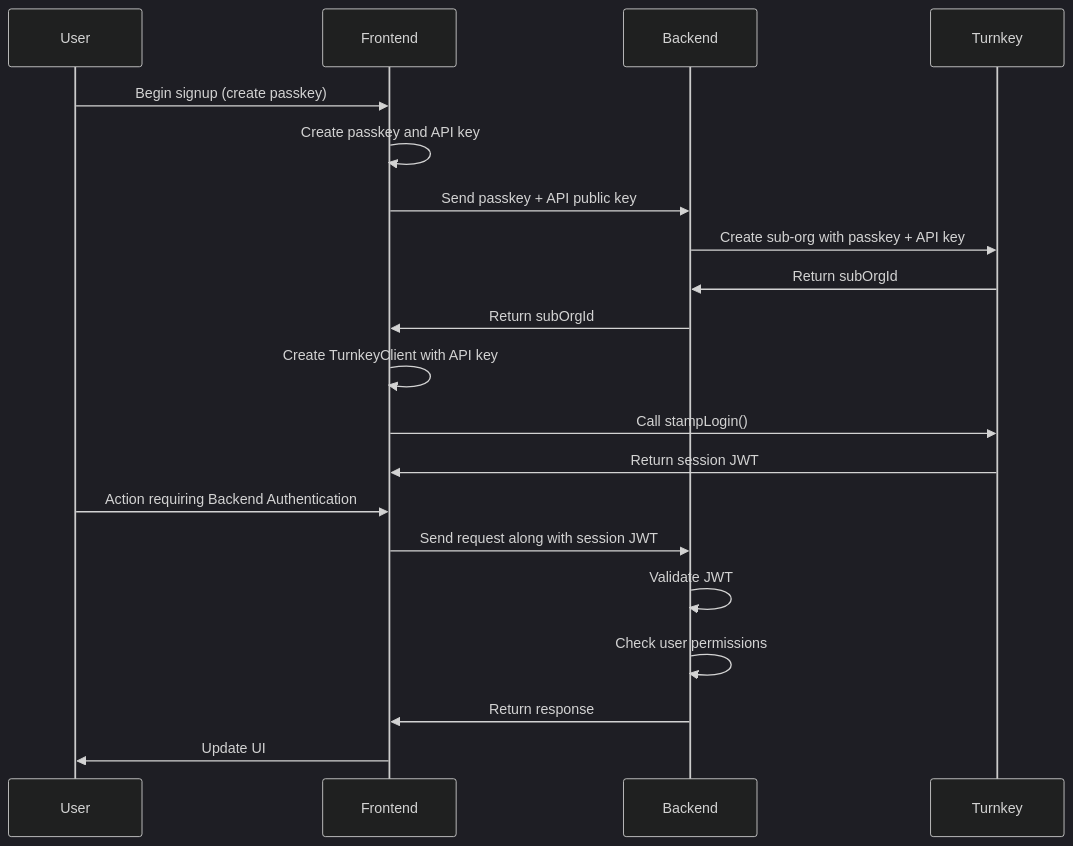
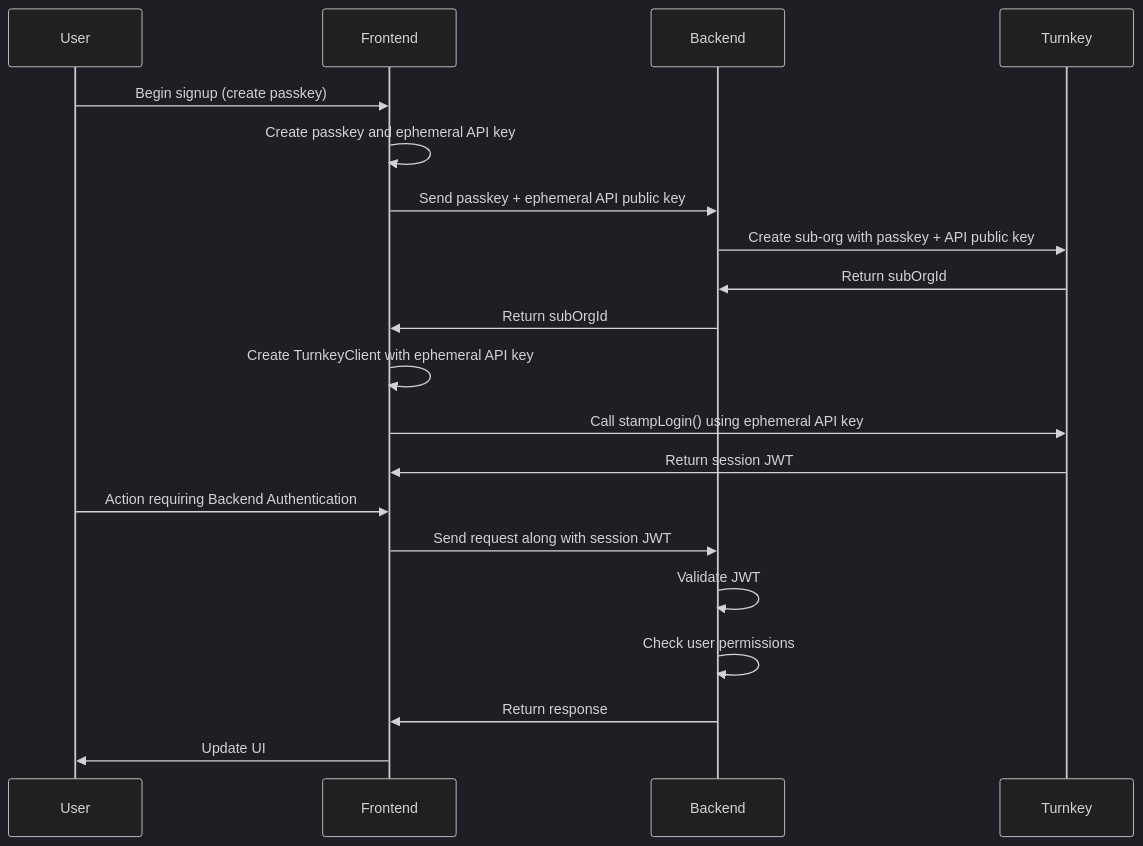
One commit to tkhq/docs changed the second of 4 diagrams in authentication/backend-setup.mdx. Above: the diagram before and after it, drawn with Mermaid (dark theme). The commit also changed other lines of this file, not shown here.

````diff
--- a/authentication/backend-setup.mdx
+++ b/authentication/backend-setup.mdx
@@ -63,23 +62,23 @@
 ```mermaid
 sequenceDiagram
     participant User
     participant Frontend
     participant Backend
     participant Turnkey
 
     User->>Frontend: Begin signup (create passkey)
-    Frontend->>Frontend: Create passkey and API key
-    Frontend->>Backend: Send passkey + API public key
-    Backend->>Turnkey: Create sub-org with passkey + API key
+    Frontend->>Frontend: Create passkey and ephemeral API key
+    Frontend->>Backend: Send passkey + ephemeral API public key
+    Backend->>Turnkey: Create sub-org with passkey + API public key
     Turnkey->>Backend: Return subOrgId
     Backend->>Frontend: Return subOrgId
-    Frontend->>Frontend: Create TurnkeyClient with API key
-    Frontend->>Turnkey: Call stampLogin()
+    Frontend->>Frontend: Create TurnkeyClient with ephemeral API key
+    Frontend->>Turnkey: Call stampLogin() using ephemeral API key
     Turnkey->>Frontend: Return session JWT
     User->>Frontend: Action requiring Backend Authentication
     Frontend->>Backend: Send request along with session JWT
     Backend->>Backend: Validate JWT
     Backend->>Backend: Check user permissions
     Backend->>Frontend: Return response
     Frontend->>User: Update UI
 ```
````
